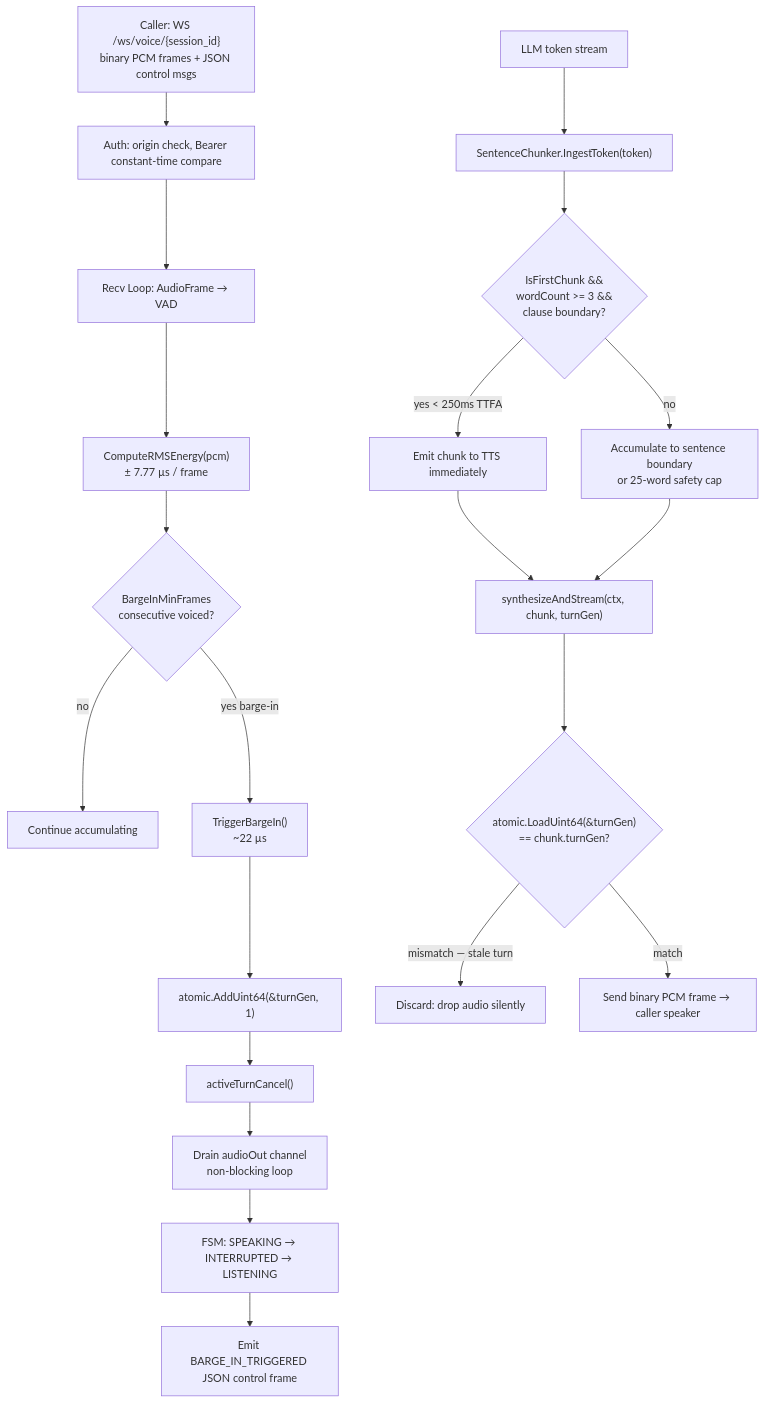
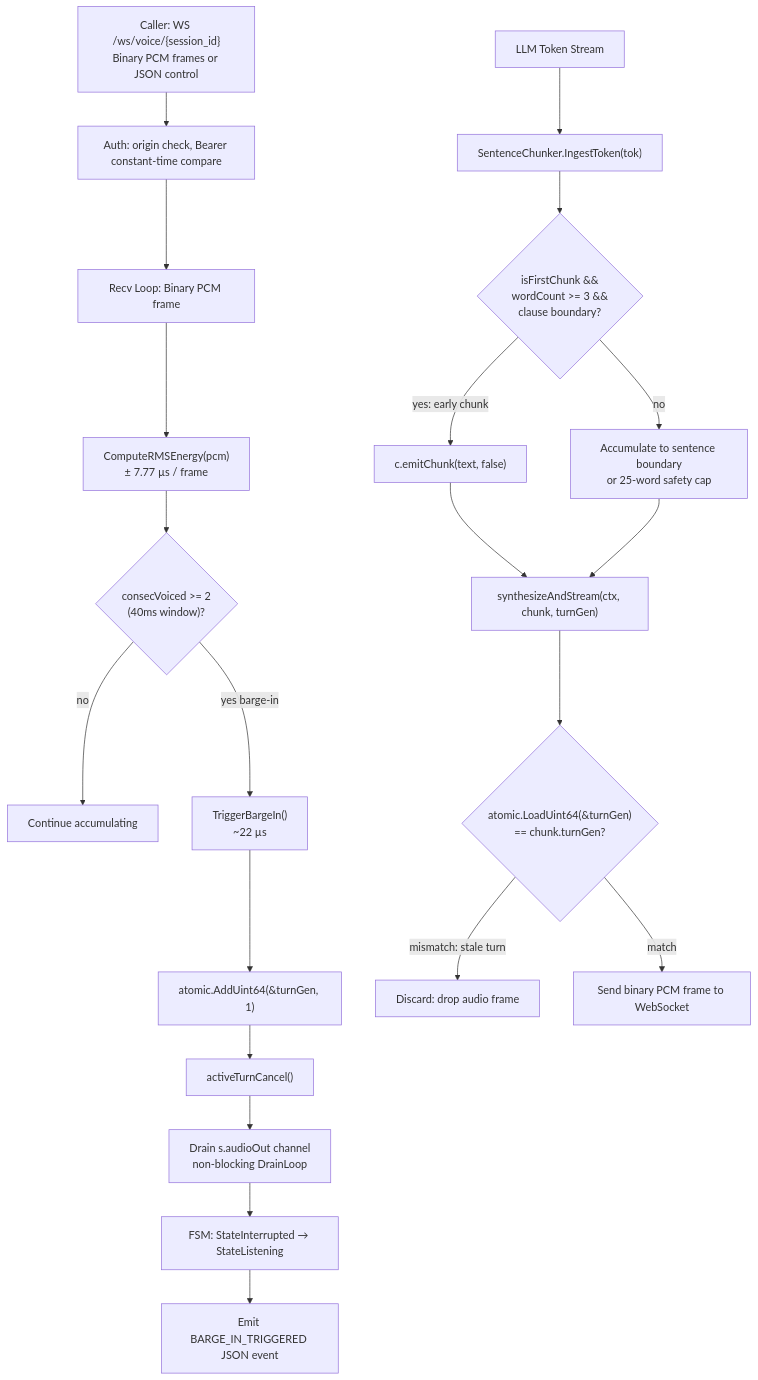
One commit to yoohooshantanu/turn-orchestrator changed the second of 2 diagrams in README.md. Above: the diagram before and after it, drawn with Mermaid. The commit also changed other lines of this file, not shown here.

````diff
--- a/README.md
+++ b/README.md
@@ -88,24 +75,24 @@
 ```mermaid
 flowchart TD
-    A["Caller: WS /ws/voice/{session_id}\nbinary PCM frames + JSON control msgs"] --> B["Auth: origin check, Bearer constant-time compare"]
-    B --> C["Recv Loop: AudioFrame → VAD"]
+    A["Caller: WS /ws/voice/{session_id}\nBinary PCM frames or JSON control"] --> B["Auth: origin check, Bearer constant-time compare"]
+    B --> C["Recv Loop: Binary PCM frame"]
     C --> D["ComputeRMSEnergy(pcm)\n± 7.77 µs / frame"]
-    D --> E{"BargeInMinFrames\nconsecutive voiced?"}
+    D --> E{"consecVoiced >= 2\n(40ms window)?"}
     E -->|no| F["Continue accumulating"]
     E -->|yes barge-in| G["TriggerBargeIn()\n~22 µs"]
     G --> H["atomic.AddUint64(&turnGen, 1)"]
     H --> I["activeTurnCancel()"]
-    I --> J["Drain audioOut channel\nnon-blocking loop"]
-    J --> K["FSM: SPEAKING → INTERRUPTED → LISTENING"]
-    K --> L["Emit BARGE_IN_TRIGGERED JSON control frame"]
+    I --> J["Drain s.audioOut channel\nnon-blocking DrainLoop"]
+    J --> K["FSM: StateInterrupted → StateListening"]
+    K --> L["Emit BARGE_IN_TRIGGERED JSON event"]
 
-    M["LLM token stream"] --> N["SentenceChunker.IngestToken(token)"]
-    N --> O{"IsFirstChunk &&\nwordCount >= 3 &&\nclause boundary?"}
-    O -->|yes < 250ms TTFA| P["Emit chunk to TTS immediately"]
+    M["LLM Token Stream"] --> N["SentenceChunker.IngestToken(tok)"]
+    N --> O{"isFirstChunk &&\nwordCount >= 3 &&\nclause boundary?"}
+    O -->|yes: early chunk| P["c.emitChunk(text, false)"]
     O -->|no| Q["Accumulate to sentence boundary\nor 25-word safety cap"]
     P --> R["synthesizeAndStream(ctx, chunk, turnGen)"]
     Q --> R
     R --> S{"atomic.LoadUint64(&turnGen)\n== chunk.turnGen?"}
-    S -->|mismatch — stale turn| T["Discard: drop audio silently"]
-    S -->|match| U["Send binary PCM frame → caller speaker"]
+    S -->|mismatch: stale turn| T["Discard: drop audio frame"]
+    S -->|match| U["Send binary PCM frame to WebSocket"]
 ```
````
